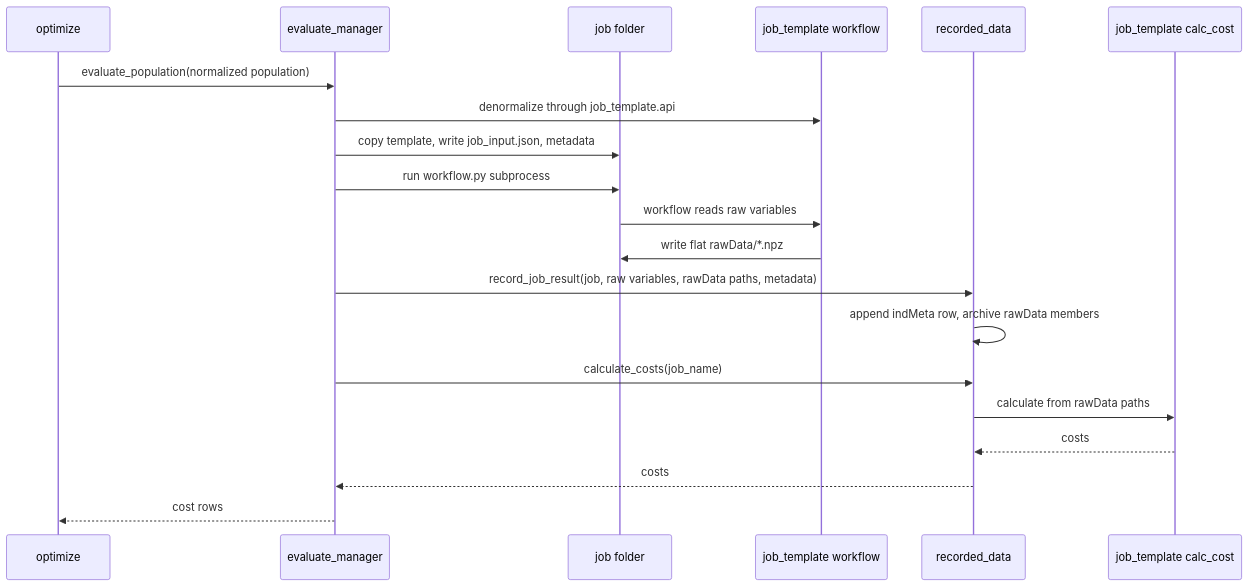
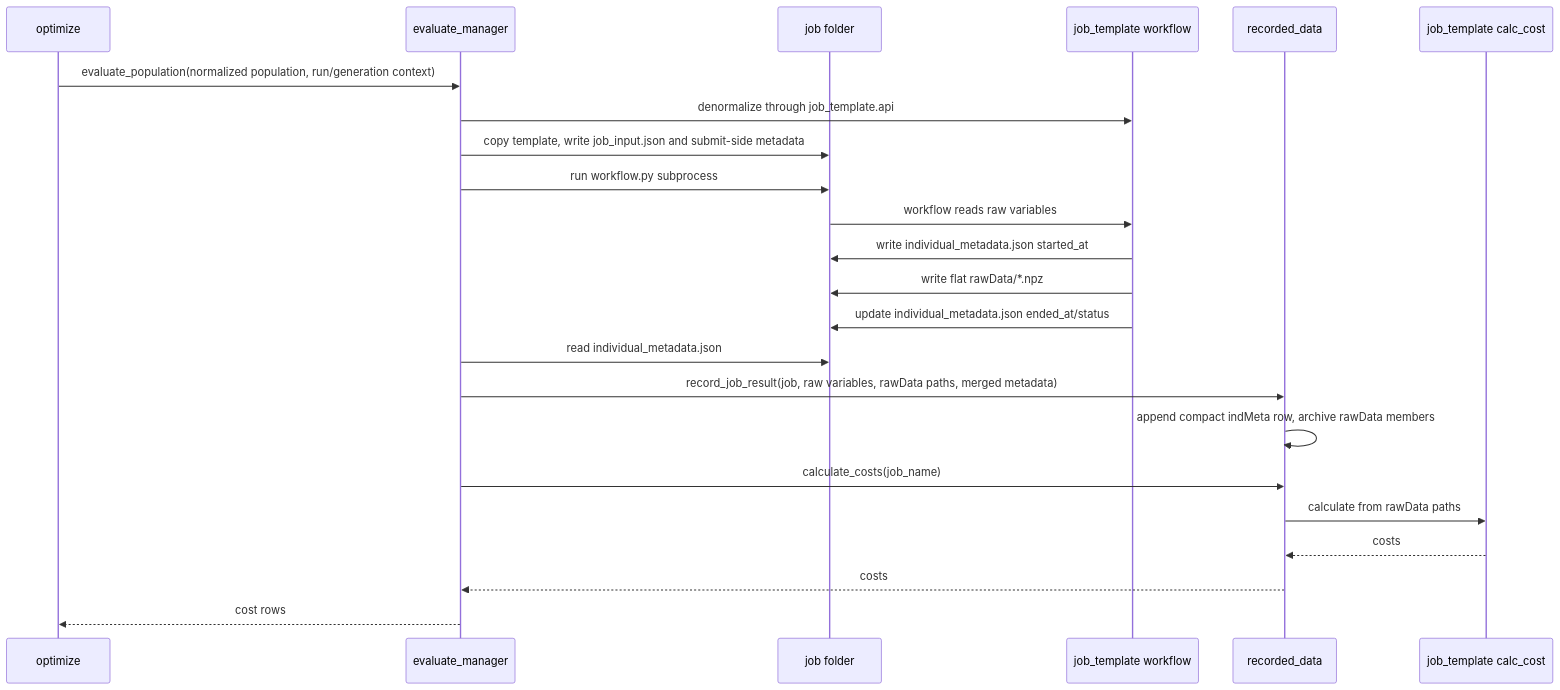
Before and after one commit to YS-Pan/yadof: the first of 2 diagrams in architecture/4plus1_process_view.md, drawn with Mermaid. The commit also changed other lines of this file and 35 other files, not shown here.

Commit message:
Refactor individual metadata recording

````diff
--- a/architecture/4plus1_process_view.md
+++ b/architecture/4plus1_process_view.md
@@ -5,23 +5,26 @@
 ```mermaid
 sequenceDiagram
     participant O as optimize
     participant E as evaluate_manager
     participant J as job folder
     participant T as job_template workflow
     participant R as recorded_data
     participant C as job_template calc_cost
 
-    O->>E: evaluate_population(normalized population)
+    O->>E: evaluate_population(normalized population, run/generation context)
     E->>T: denormalize through job_template.api
-    E->>J: copy template, write job_input.json, metadata
+    E->>J: copy template, write job_input.json and submit-side metadata
     E->>J: run workflow.py subprocess
     J->>T: workflow reads raw variables
+    T->>J: write individual_metadata.json started_at
     T->>J: write flat rawData/*.npz
-    E->>R: record_job_result(job, raw variables, rawData paths, metadata)
-    R->>R: append indMeta row, archive rawData members
+    T->>J: update individual_metadata.json ended_at/status
+    E->>J: read individual_metadata.json
+    E->>R: record_job_result(job, raw variables, rawData paths, merged metadata)
+    R->>R: append compact indMeta row, archive rawData members
     E->>R: calculate_costs(job_name)
     R->>C: calculate from rawData paths
     C-->>R: costs
     R-->>E: costs
     E-->>O: cost rows
 ```
````
